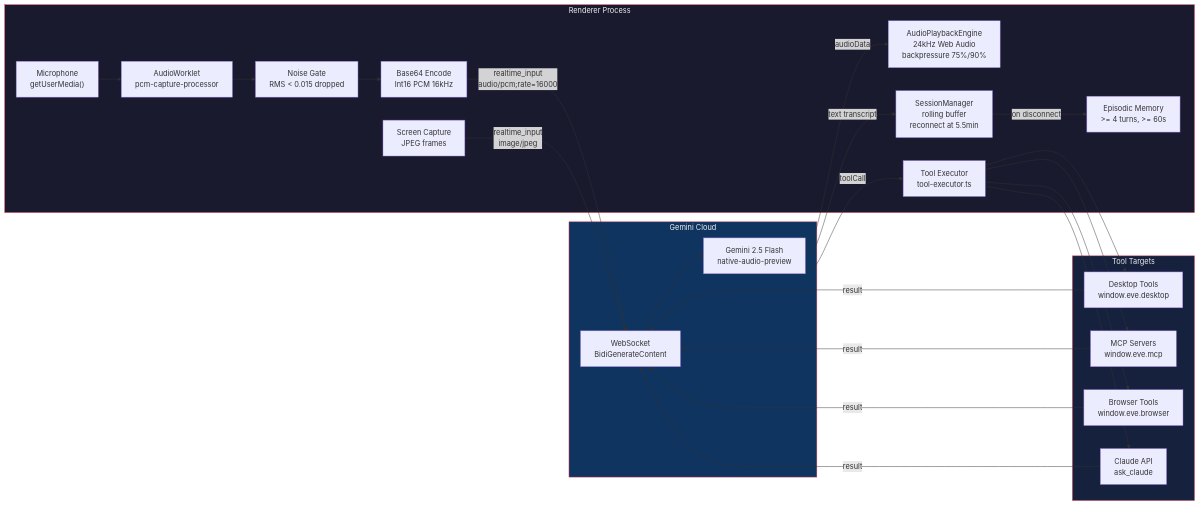
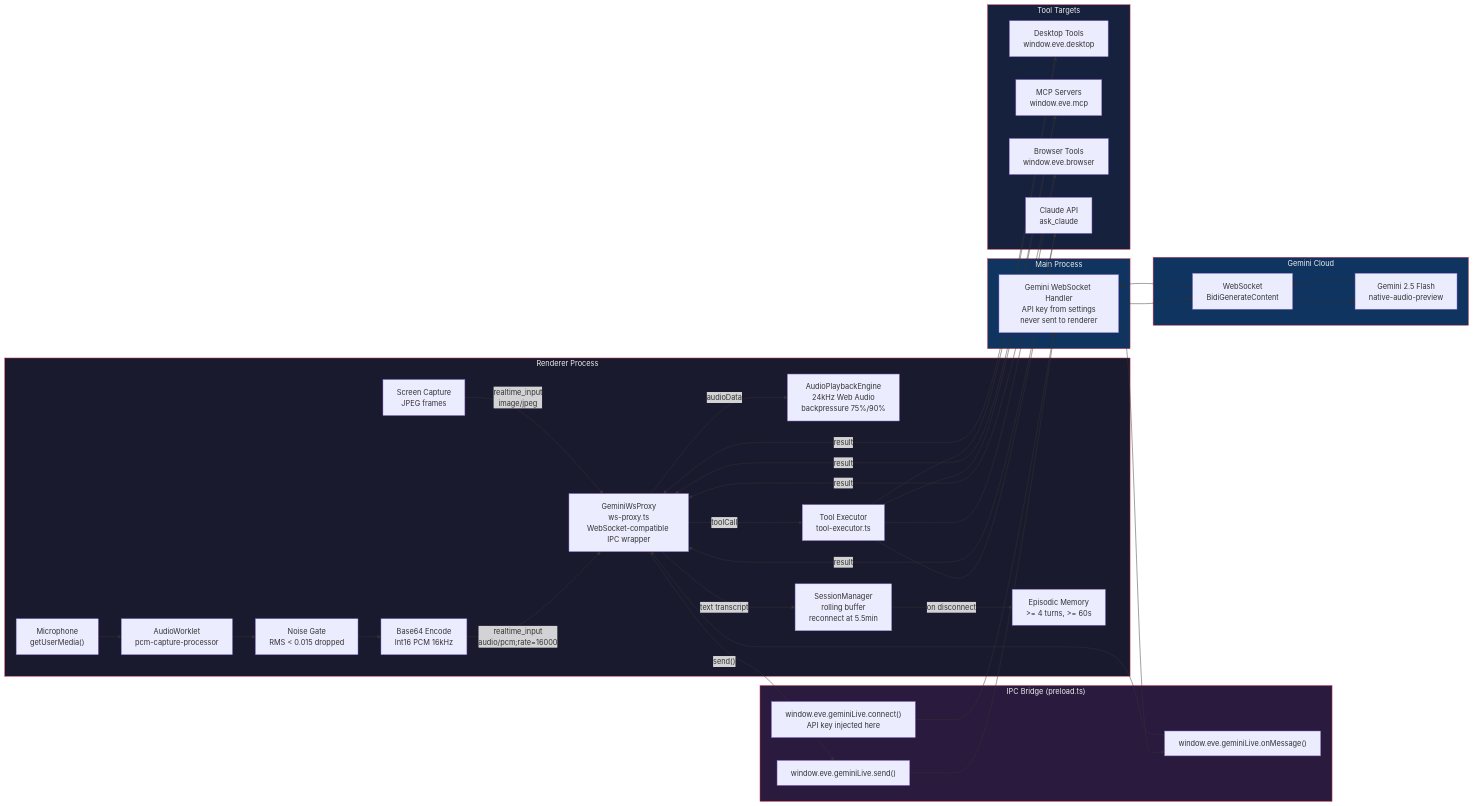
One commit to FutureSpeakAI/Agent-Friday changed the diagram in docs/architecture/flows/gemini-live-voice/diagram.mermaid. Above: the diagram before and after it, drawn with Mermaid. The commit also changed 89 other files, not shown here.

First line of the commit message:
v3.12.0: living architecture, fix silent data loss, redesign onboarding

```diff
--- a/docs/architecture/flows/gemini-live-voice/diagram.mermaid
+++ b/docs/architecture/flows/gemini-live-voice/diagram.mermaid
@@ -1,51 +1,75 @@
 flowchart LR
     subgraph Renderer["Renderer Process"]
         Mic["Microphone<br/>getUserMedia()"]
         AW["AudioWorklet<br/>pcm-capture-processor"]
         NG["Noise Gate<br/>RMS &lt; 0.015 dropped"]
         B64["Base64 Encode<br/>Int16 PCM 16kHz"]
         SC["Screen Capture<br/>JPEG frames"]
+        Proxy["GeminiWsProxy<br/>ws-proxy.ts<br/>WebSocket-compatible IPC wrapper"]
         APE["AudioPlaybackEngine<br/>24kHz Web Audio<br/>backpressure 75%/90%"]
         SM["SessionManager<br/>rolling buffer<br/>reconnect at 5.5min"]
         TE["Tool Executor<br/>tool-executor.ts"]
         EM["Episodic Memory<br/>&gt;= 4 turns, &gt;= 60s"]
+    end
+
+    subgraph IPC["IPC Bridge (preload.ts)"]
+        IPCout["window.eve.geminiLive.send()"]
+        IPCin["window.eve.geminiLive.onMessage()"]
+        IPCconn["window.eve.geminiLive.connect()<br/>API key injected here"]
+    end
+
+    subgraph Main["Main Process"]
+        WSHandler["Gemini WebSocket Handler<br/>API key from settings<br/>never sent to renderer"]
     end
 
     subgraph Cloud["Gemini Cloud"]
         WS["WebSocket<br/>BidiGenerateContent"]
         Gemini["Gemini 2.5 Flash<br/>native-audio-preview"]
     end
 
     subgraph Tools["Tool Targets"]
         DT["Desktop Tools<br/>window.eve.desktop"]
         MCP["MCP Servers<br/>window.eve.mcp"]
         BT["Browser Tools<br/>window.eve.browser"]
         Claude["Claude API<br/>ask_claude"]
     end
 
     Mic --> AW
     AW --> NG
     NG --> B64
-    B64 -->|"realtime_input<br/>audio/pcm;rate=16000"| WS
-    SC -->|"realtime_input<br/>image/jpeg"| WS
+    B64 -->|"realtime_input<br/>audio/pcm;rate=16000"| Proxy
+    SC -->|"realtime_input<br/>image/jpeg"| Proxy
+
+    Proxy -->|"send()"| IPCout
+    IPCout --> WSHandler
+    IPCconn --> WSHandler
+    WSHandler --> WS
 
     WS --> Gemini
-    Gemini -->|"audioData"| APE
-    Gemini -->|"text transcript"| SM
-    Gemini -->|"toolCall"| TE
+    Gemini --> WS
+
+    WS --> WSHandler
+    WSHandler --> IPCin
+    IPCin --> Proxy
+
+    Proxy -->|"audioData"| APE
+    Proxy -->|"text transcript"| SM
+    Proxy -->|"toolCall"| TE
 
     TE --> DT
     TE --> MCP
     TE --> BT
     TE --> Claude
 
-    DT -->|"result"| WS
-    MCP -->|"result"| WS
-    BT -->|"result"| WS
-    Claude -->|"result"| WS
+    DT -->|"result"| Proxy
+    MCP -->|"result"| Proxy
+    BT -->|"result"| Proxy
+    Claude -->|"result"| Proxy
 
     SM -->|"on disconnect"| EM
 
     style Renderer fill:#1a1a2e,stroke:#e94560,color:#eee
+    style IPC fill:#2a1a3e,stroke:#e94560,color:#eee
+    style Main fill:#0f3460,stroke:#e94560,color:#eee
     style Cloud fill:#0f3460,stroke:#e94560,color:#eee
     style Tools fill:#16213e,stroke:#e94560,color:#eee
```
